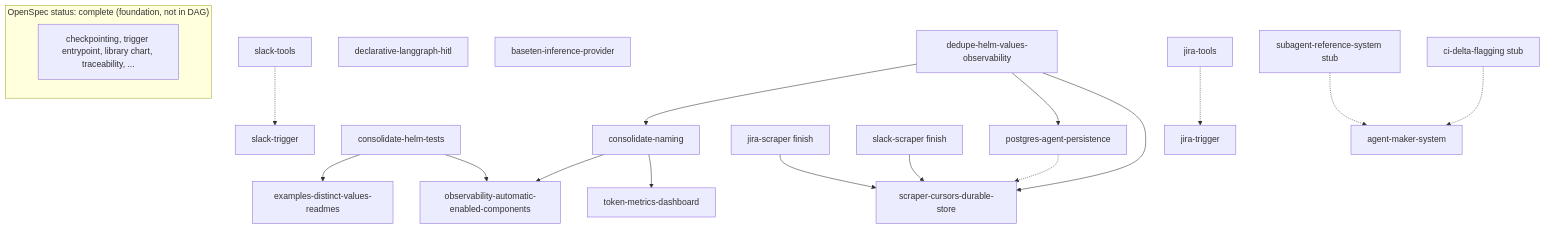
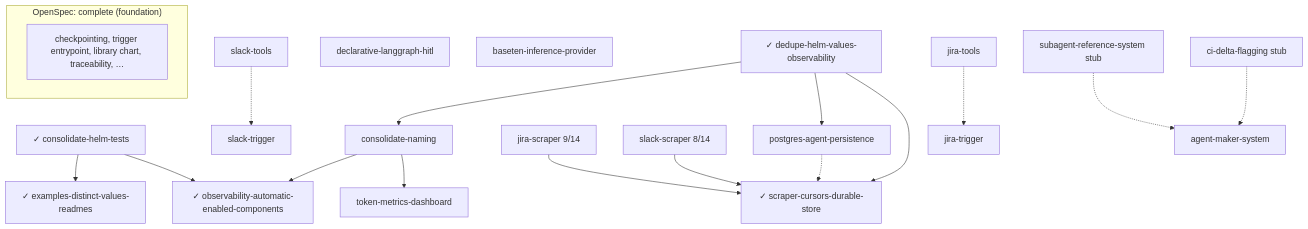
Before and after one commit to jfeldstein/declarative-agent-library-chart: the diagram in docs/openspec-implementation-order.md, drawn with Mermaid. The commit also changed other lines of this file and 1 other file, not shown here.

First line of the commit message:
docs: refresh OpenSpec implementation order checklist

````diff
--- a/docs/openspec-implementation-order.md
+++ b/docs/openspec-implementation-order.md
@@ -20,41 +24,41 @@
 ```mermaid
 flowchart TB
-  subgraph foundation["OpenSpec status: complete (foundation, not in DAG)"]
-    F1[checkpointing, trigger entrypoint, library chart, traceability, ...]
+  subgraph foundation["OpenSpec: complete (foundation)"]
+    F1[checkpointing, trigger entrypoint, library chart, traceability, …]
   end
 
-  DED[dedupe-helm-values-observability]
+  DED["✓ dedupe-helm-values-observability"]
+  HT["✓ consolidate-helm-tests"]
+  EX["✓ examples-distinct-values-readmes"]
+  O11Y["✓ observability-automatic-enabled-components"]
   NAM[consolidate-naming]
-  HT[consolidate-helm-tests]
-  EX[examples-distinct-values-readmes]
-  O11Y[observability-automatic-enabled-components]
   PG[postgres-agent-persistence]
-  CURS[scraper-cursors-durable-store]
-  JSCR[jira-scraper finish]
-  SSCR[slack-scraper finish]
+  CURS["✓ scraper-cursors-durable-store"]
+  JSCR["jira-scraper 9/14"]
+  SSCR["slack-scraper 8/14"]
   TOK[token-metrics-dashboard]
   HITL[declarative-langgraph-hitl]
   BASE[baseten-inference-provider]
   STR[slack-trigger]
   STO[slack-tools]
   JTL[jira-tools]
   JTR[jira-trigger]
   AMK[agent-maker-system]
   SUB[subagent-reference-system stub]
   CDF[ci-delta-flagging stub]
 
   DED --> NAM
   DED --> PG
   DED --> CURS
   NAM --> O11Y
   NAM --> TOK
   HT --> EX
   HT --> O11Y
   JSCR --> CURS
   SSCR --> CURS
   PG -.-> CURS
   STO -.-> STR
   JTL -.-> JTR
   SUB -.-> AMK
   CDF -.-> AMK
 ```
````
